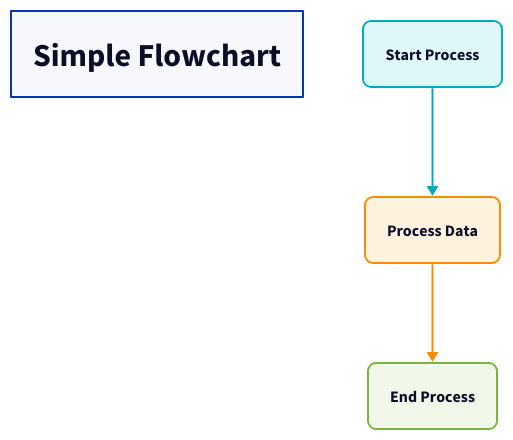
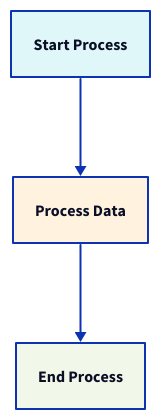
The diagram in diagram-dsl/examples/d2/basic-flowchart.d2 (neongreen/mono), drawn with D2 before and after one commit. The commit also changed 21 other files, not shown here.

```diff
--- a/diagram-dsl/examples/d2/basic-flowchart.d2
+++ b/diagram-dsl/examples/d2/basic-flowchart.d2
@@ -1,40 +1,19 @@
 # Basic Flowchart
 # Equivalent to basic-flowchart.svg from diagram-dsl
 
 direction: down
 
-title: Simple Flowchart {
-  style.font-size: 32
-  style.bold: true
-}
-
 start: Start Process {
   style.fill: "#e0f7fa"
-  style.stroke: "#00acc1"
-  style.stroke-width: 2
-  style.border-radius: 8
 }
 
 process: Process Data {
   style.fill: "#fff3e0"
-  style.stroke: "#fb8c00"
-  style.stroke-width: 2
-  style.border-radius: 8
 }
 
 end: End Process {
   style.fill: "#f1f8e9"
-  style.stroke: "#7cb342"
-  style.stroke-width: 2
-  style.border-radius: 8
 }
 
-start -> process: {
-  style.stroke: "#00acc1"
-  style.stroke-width: 2
-}
-
-process -> end: {
-  style.stroke: "#fb8c00"
-  style.stroke-width: 2
-}
+start -> process
+process -> end
```
